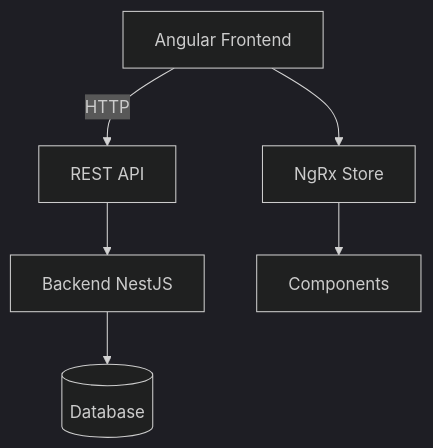
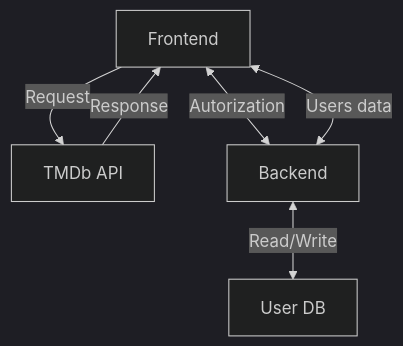
Before and after one commit to exact84/RS-Clone: the first of 3 diagrams in README.md, drawn with Mermaid (dark theme). The commit also changed other lines of this file and 1 other file, not shown here.

````diff
--- a/README.md
+++ b/README.md
@@ -66,8 +77,9 @@
 ```mermaid
-graph TD;
-    A[Angular Frontend] -->|HTTP| N[REST API];
-    N --> B[Backend NestJS];
-    B --> D[(Database)];
-    A --> R[NgRx Store];
-    R --> C[Components];
+flowchart TD
+    B[Frontend]
+    B -->|Request| C[TMDb API]
+    C -->|Response| B
+    B <-->|Autorization| D[Backend]
+    D <-->|Read/Write| E[User DB]
+    B <-->|Users data| D
 ```
````
